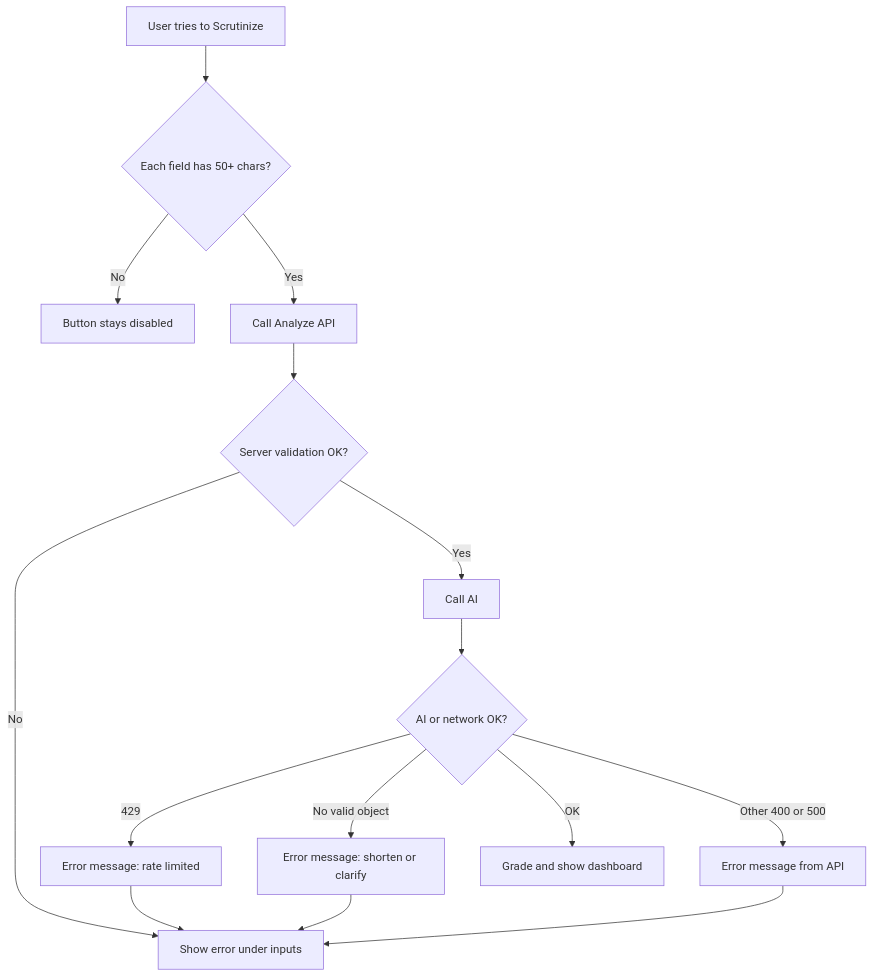
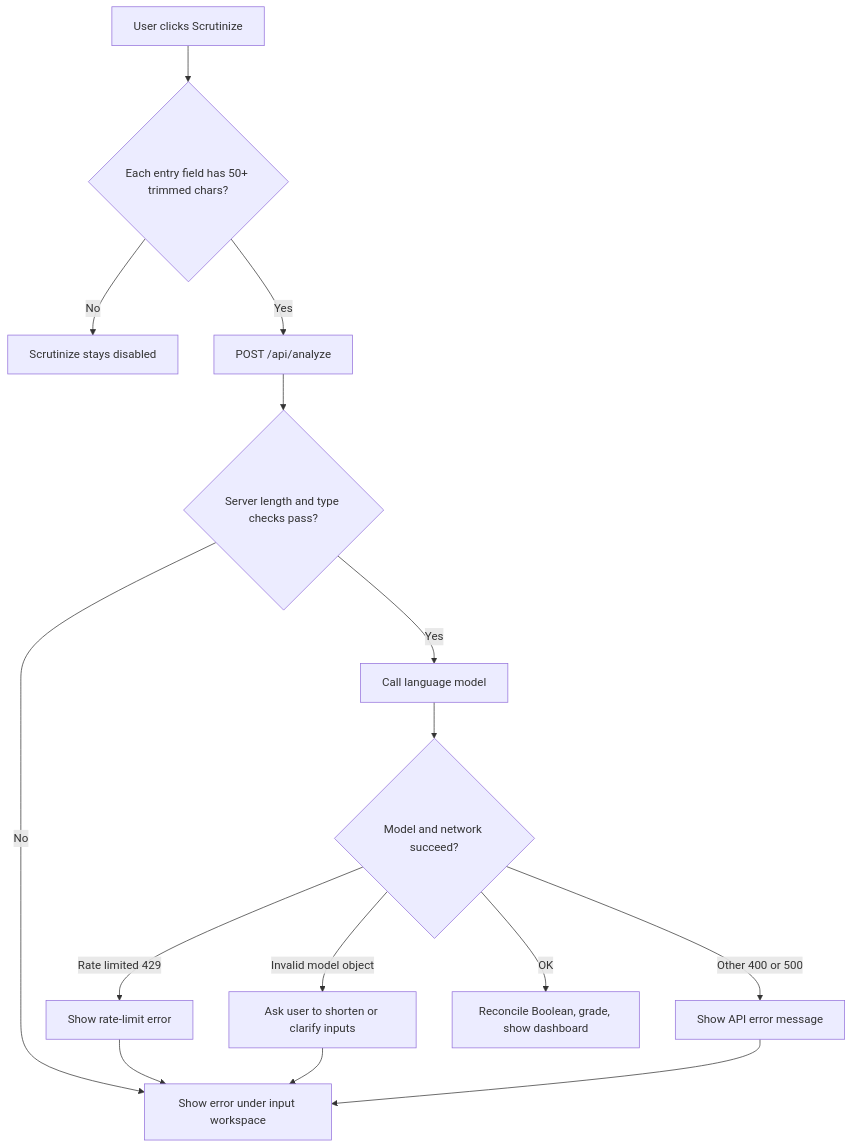
Before and after one commit to mstvn0/cvscrutineer: the fifth of 8 diagrams in spec.md, drawn with Mermaid. The commit also changed other lines of this file and 3 other files, not shown here.

Commit message:
docs: align diagrams and PASS wording with server grading

````diff
--- a/spec.md
+++ b/spec.md
@@ -176,17 +180,17 @@
 ```mermaid
 graph TD
-  A[User tries to Scrutinize] --> B{Each field has 50+ chars?}
-  B -->|No| C[Button stays disabled]
-  B -->|Yes| D[Call Analyze API]
-  D --> E{Server validation OK?}
-  E -->|No| F[Show error under inputs]
-  E -->|Yes| G[Call AI]
-  G --> H{AI or network OK?}
-  H -->|429| I[Error message: rate limited]
-  H -->|No valid object| J[Error message: shorten or clarify]
-  H -->|Other 400 or 500| K[Error message from API]
-  H -->|OK| L[Grade and show dashboard]
+  A[User clicks Scrutinize] --> B{Each entry field has 50+ trimmed chars?}
+  B -->|No| C[Scrutinize stays disabled]
+  B -->|Yes| D[POST /api/analyze]
+  D --> E{Server length and type checks pass?}
+  E -->|No| F[Show error under input workspace]
+  E -->|Yes| G[Call language model]
+  G --> H{Model and network succeed?}
+  H -->|Rate limited 429| I[Show rate-limit error]
+  H -->|Invalid model object| J[Ask user to shorten or clarify inputs]
+  H -->|Other 400 or 500| K[Show API error message]
+  H -->|OK| L[Reconcile Boolean, grade, show dashboard]
   I --> F
   J --> F
   K --> F
 ```
````
